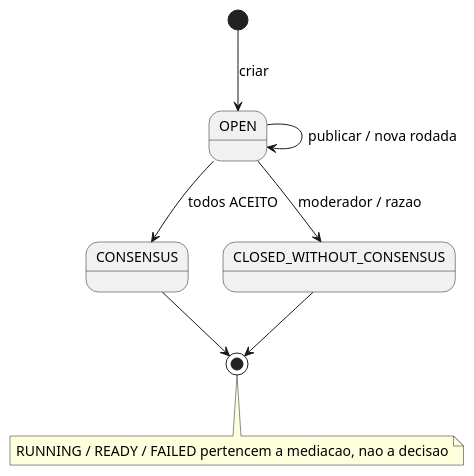
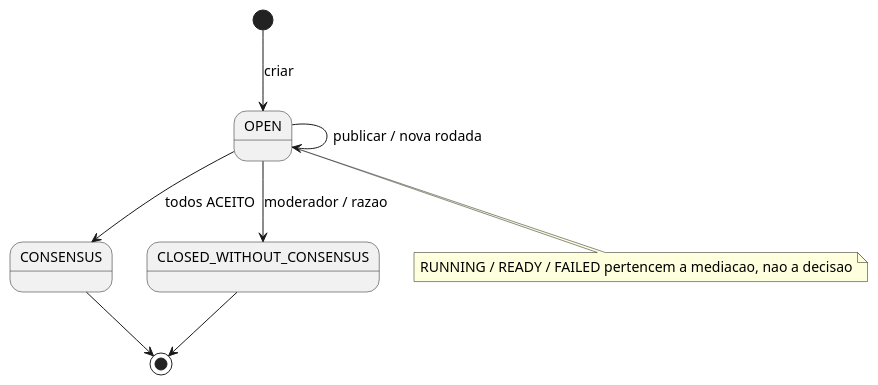
One commit to MRmoratelli/tcc-decisao-coletiva changed the diagram in prototype-v2/docs/entrega-academica/diagramas/F12.puml. Above: the diagram before and after it, drawn with PlantUML. The commit also changed 2 other files, not shown here.

Commit message:
docs: corrigir notas UML e vincular galeria incorporada

```diff
--- a/prototype-v2/docs/entrega-academica/diagramas/F12.puml
+++ b/prototype-v2/docs/entrega-academica/diagramas/F12.puml
@@ -1,12 +1,12 @@
 @startuml
 skinparam defaultFontSize 14
 skinparam shadowing false
 skinparam backgroundColor white
 [*] --> OPEN : criar
 OPEN --> OPEN : publicar / nova rodada
 OPEN --> CONSENSUS : todos ACEITO
 OPEN --> CLOSED_WITHOUT_CONSENSUS : moderador / razao
 CONSENSUS --> [*]
 CLOSED_WITHOUT_CONSENSUS --> [*]
-note bottom : RUNNING / READY / FAILED pertencem a mediacao, nao a decisao
+note bottom of OPEN : RUNNING / READY / FAILED pertencem a mediacao, nao a decisao
 @enduml
```
